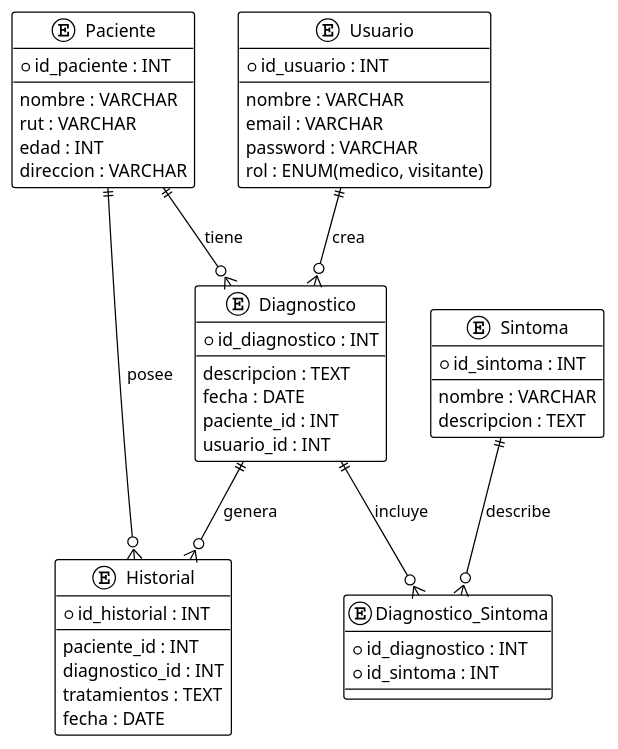
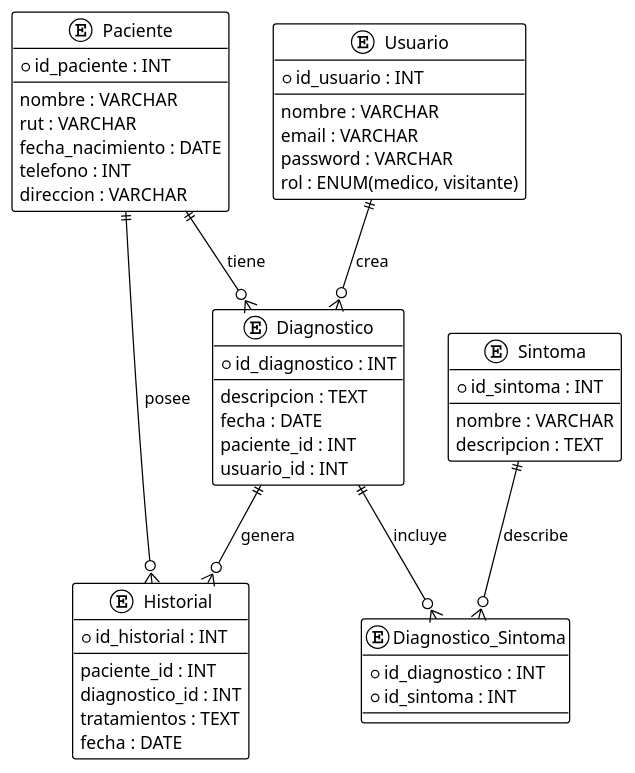
Before and after one commit to ignacioandresr/MedicalDS: the diagram in MER.puml, drawn with PlantUML. The commit also changed 14 other files, not shown here.

```diff
--- a/MER.puml
+++ b/MER.puml
@@ -1,60 +1,60 @@
 @startuml
 !theme plain
 
 entity "Paciente" as Paciente {
   *id_paciente : INT
   --
   nombre : VARCHAR
   rut : VARCHAR
-  edad : INT
+  fecha_nacimiento : DATE
+  telefono : INT
   direccion : VARCHAR
 }
 
 entity "Sintoma" as Sintoma {
   *id_sintoma : INT
   --
   nombre : VARCHAR
   descripcion : TEXT
 }
 
 entity "Diagnostico" as Diagnostico {
   *id_diagnostico : INT
   --
   descripcion : TEXT
   fecha : DATE
   paciente_id : INT
   usuario_id : INT
 }
 
 entity "Historial" as Historial {
   *id_historial : INT
   --
   paciente_id : INT
   diagnostico_id : INT
   tratamientos : TEXT
   fecha : DATE
 }
 
 entity "Usuario" as Usuario {
   *id_usuario : INT
   --
   nombre : VARCHAR
   email : VARCHAR
   password : VARCHAR
   rol : ENUM(medico, visitante)
 }
 
 entity "Diagnostico_Sintoma" as DiagnosticoSintoma {
   *id_diagnostico : INT
   *id_sintoma : INT
 }
 
-' Relaciones
 Paciente ||--o{ Diagnostico : tiene
 Paciente ||--o{ Historial : posee
 Diagnostico ||--o{ Historial : genera
 Usuario ||--o{ Diagnostico : crea
 Diagnostico ||--o{ DiagnosticoSintoma : incluye
 Sintoma ||--o{ DiagnosticoSintoma : describe
 
 @enduml
```
